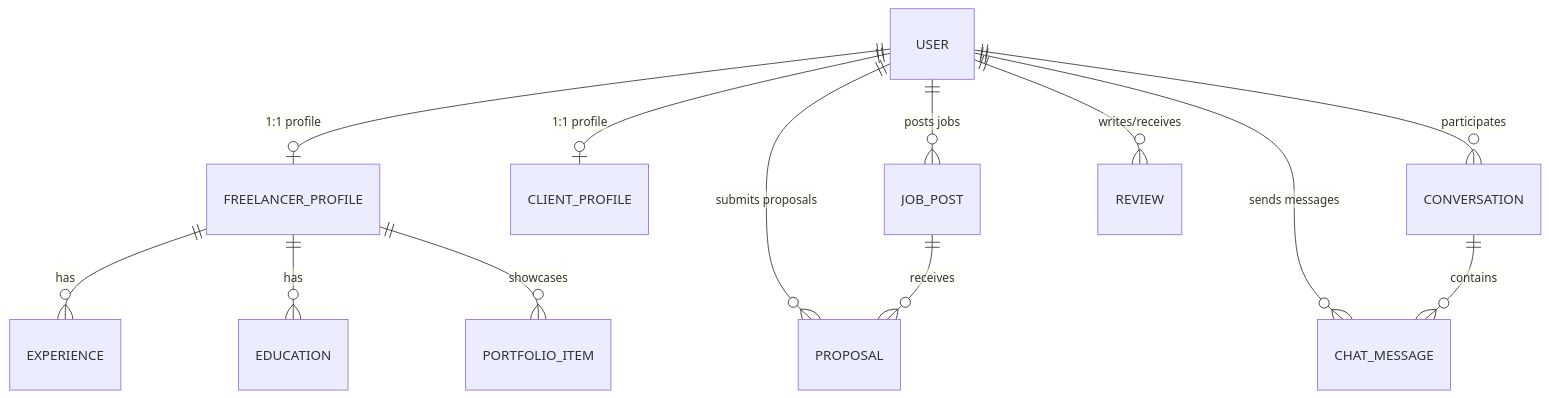
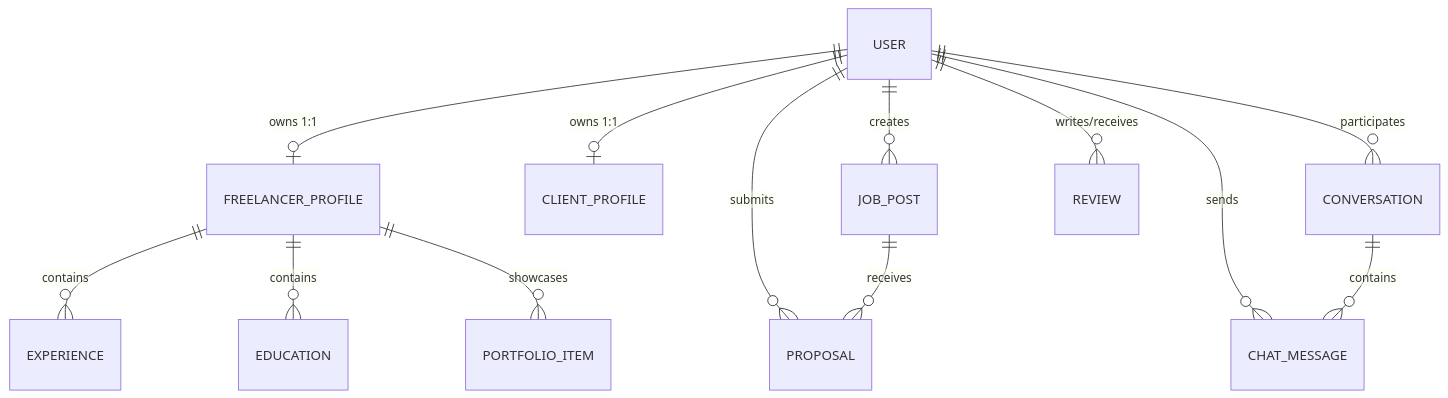
One commit to Skilio-org/Skilio changed the diagram in README.md. Above: the diagram before and after it, drawn with Mermaid. The commit also changed other lines of this file and 14 other files, not shown here.

````diff
--- a/README.md
+++ b/README.md
@@ -144,15 +164,15 @@
 ```mermaid
 erDiagram
-    USER ||--o| FREELANCER_PROFILE : "1:1 profile"
-    USER ||--o| CLIENT_PROFILE : "1:1 profile"
-    USER ||--o{ JOB_POST : "posts jobs"
-    USER ||--o{ PROPOSAL : "submits proposals"
+    USER ||--o| FREELANCER_PROFILE : "owns 1:1"
+    USER ||--o| CLIENT_PROFILE : "owns 1:1"
+    USER ||--o{ JOB_POST : "creates"
+    USER ||--o{ PROPOSAL : "submits"
     USER ||--o{ CONVERSATION : "participates"
-    USER ||--o{ CHAT_MESSAGE : "sends messages"
+    USER ||--o{ CHAT_MESSAGE : "sends"
     USER ||--o{ REVIEW : "writes/receives"
-    FREELANCER_PROFILE ||--o{ EXPERIENCE : "has"
-    FREELANCER_PROFILE ||--o{ EDUCATION : "has"
+    FREELANCER_PROFILE ||--o{ EXPERIENCE : "contains"
+    FREELANCER_PROFILE ||--o{ EDUCATION : "contains"
     FREELANCER_PROFILE ||--o{ PORTFOLIO_ITEM : "showcases"
     JOB_POST ||--o{ PROPOSAL : "receives"
     CONVERSATION ||--o{ CHAT_MESSAGE : "contains"
 ```
````
